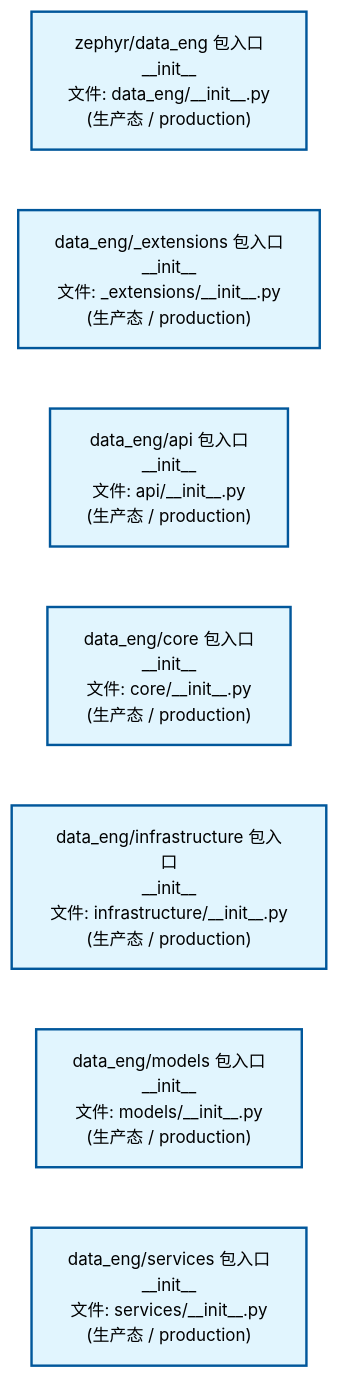
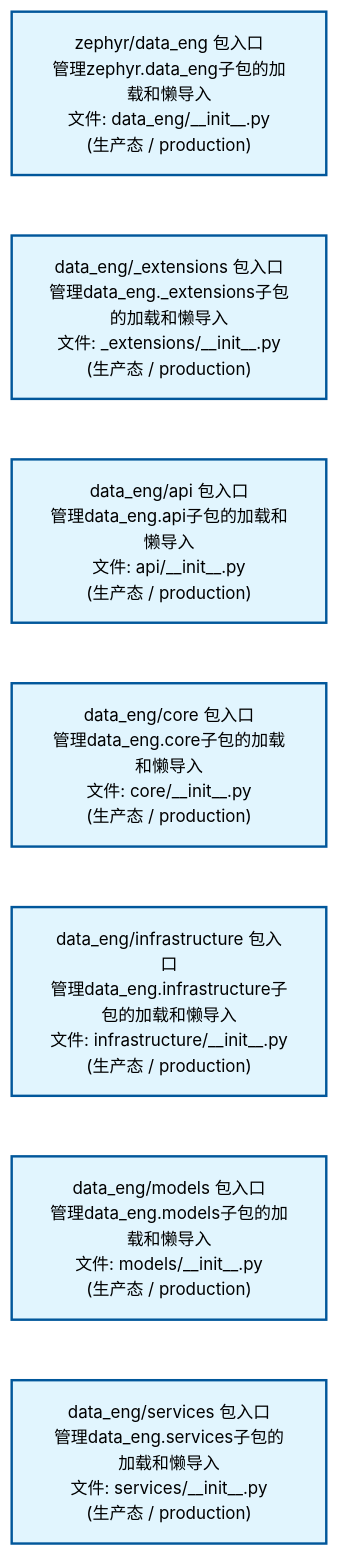
Before and after one commit to xuanFelixVan/ZephyrAlpha: the second of 2 diagrams in docs/02_enterprise_architecture/02_domain_architecture_docs/12_d_data_eng.md, drawn with Mermaid. The commit also changed other lines of this file and 62 other files, not shown here.

````diff
--- a/docs/02_enterprise_architecture/02_domain_architecture_docs/12_d_data_eng.md
+++ b/docs/02_enterprise_architecture/02_domain_architecture_docs/12_d_data_eng.md
@@ -80,22 +80,22 @@
 ```mermaid
 %%{init: {'theme': 'base', 'themeVariables': {'primaryColor': '#eaeaea', 'primaryTextColor': '#333333', 'primaryBorderColor': '#666666', 'lineColor': '#666666', 'secondaryColor': '#eaeaea', 'tertiaryColor': '#eaeaea', 'fontSize': '14px'}}}%%
 flowchart TD
-    src_zephyr_data_eng_init_py["zephyr/data_eng 包入口<br/>__init__<br/>文件: data_eng/__init__.py<br/>(生产态 / production)"]
-    src_zephyr_data_eng_extensions_init_py["data_eng/_extensions 包入口<br/>__init__<br/>文件: _extensions/__init__.py<br/>(生产态 / production)"]
-    src_zephyr_data_eng_api_init_py["data_eng/api 包入口<br/>__init__<br/>文件: api/__init__.py<br/>(生产态 / production)"]
-    src_zephyr_data_eng_core_init_py["data_eng/core 包入口<br/>__init__<br/>文件: core/__init__.py<br/>(生产态 / production)"]
-    src_zephyr_data_eng_infrastructure_init_py["data_eng/infrastructure 包入口<br/>__init__<br/>文件: infrastructure/__init__.py<br/>(生产态 / production)"]
-    src_zephyr_data_eng_models_init_py["data_eng/models 包入口<br/>__init__<br/>文件: models/__init__.py<br/>(生产态 / production)"]
-    src_zephyr_data_eng_services_init_py["data_eng/services 包入口<br/>__init__<br/>文件: services/__init__.py<br/>(生产态 / production)"]
+    src_zephyr_data_eng_init_py["zephyr/data_eng 包入口<br/>管理zephyr.data_eng子包的加载和懒导入<br/>文件: data_eng/__init__.py<br/>(生产态 / production)"]
+    src_zephyr_data_eng_extensions_init_py["data_eng/_extensions 包入口<br/>管理data_eng._extensions子包的加载和懒导入<br/>文件: _extensions/__init__.py<br/>(生产态 / production)"]
+    src_zephyr_data_eng_api_init_py["data_eng/api 包入口<br/>管理data_eng.api子包的加载和懒导入<br/>文件: api/__init__.py<br/>(生产态 / production)"]
+    src_zephyr_data_eng_core_init_py["data_eng/core 包入口<br/>管理data_eng.core子包的加载和懒导入<br/>文件: core/__init__.py<br/>(生产态 / production)"]
+    src_zephyr_data_eng_infrastructure_init_py["data_eng/infrastructure 包入口<br/>管理data_eng.infrastructure子包的加载和懒导入<br/>文件: infrastructure/__init__.py<br/>(生产态 / production)"]
+    src_zephyr_data_eng_models_init_py["data_eng/models 包入口<br/>管理data_eng.models子包的加载和懒导入<br/>文件: models/__init__.py<br/>(生产态 / production)"]
+    src_zephyr_data_eng_services_init_py["data_eng/services 包入口<br/>管理data_eng.services子包的加载和懒导入<br/>文件: services/__init__.py<br/>(生产态 / production)"]
     src_zephyr_data_eng_init_py ~~~ src_zephyr_data_eng_extensions_init_py
     src_zephyr_data_eng_extensions_init_py ~~~ src_zephyr_data_eng_api_init_py
     src_zephyr_data_eng_api_init_py ~~~ src_zephyr_data_eng_core_init_py
     src_zephyr_data_eng_core_init_py ~~~ src_zephyr_data_eng_infrastructure_init_py
     src_zephyr_data_eng_infrastructure_init_py ~~~ src_zephyr_data_eng_models_init_py
     src_zephyr_data_eng_models_init_py ~~~ src_zephyr_data_eng_services_init_py
     classDef production fill:#e1f5fe,stroke:#01579b,stroke-width:2px,color:#000
     classDef design fill:#fff3e0,stroke:#e65100,stroke-width:2px,color:#000,stroke-dasharray: 5 5
     classDef external_prod fill:#e8f4fd,stroke:#0277bd,stroke-width:1px,color:#000
     classDef external_design fill:#fff8e7,stroke:#ef6c00,stroke-width:1px,color:#000,stroke-dasharray: 5 5
     class src_zephyr_data_eng_init_py,src_zephyr_data_eng_extensions_init_py,src_zephyr_data_eng_api_init_py,src_zephyr_data_eng_core_init_py,src_zephyr_data_eng_infrastructure_init_py,src_zephyr_data_eng_models_init_py,src_zephyr_data_eng_services_init_py production
 ```
````
